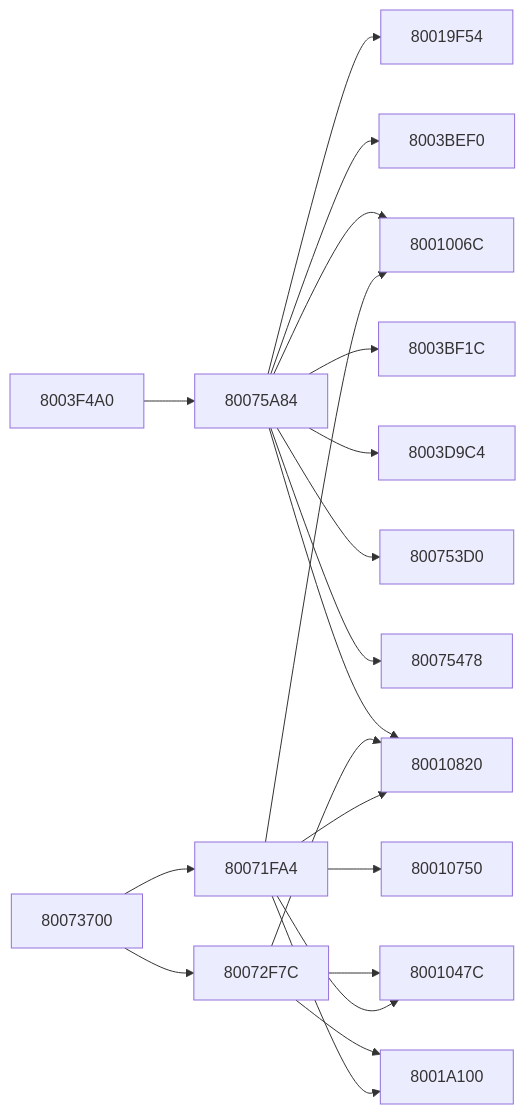
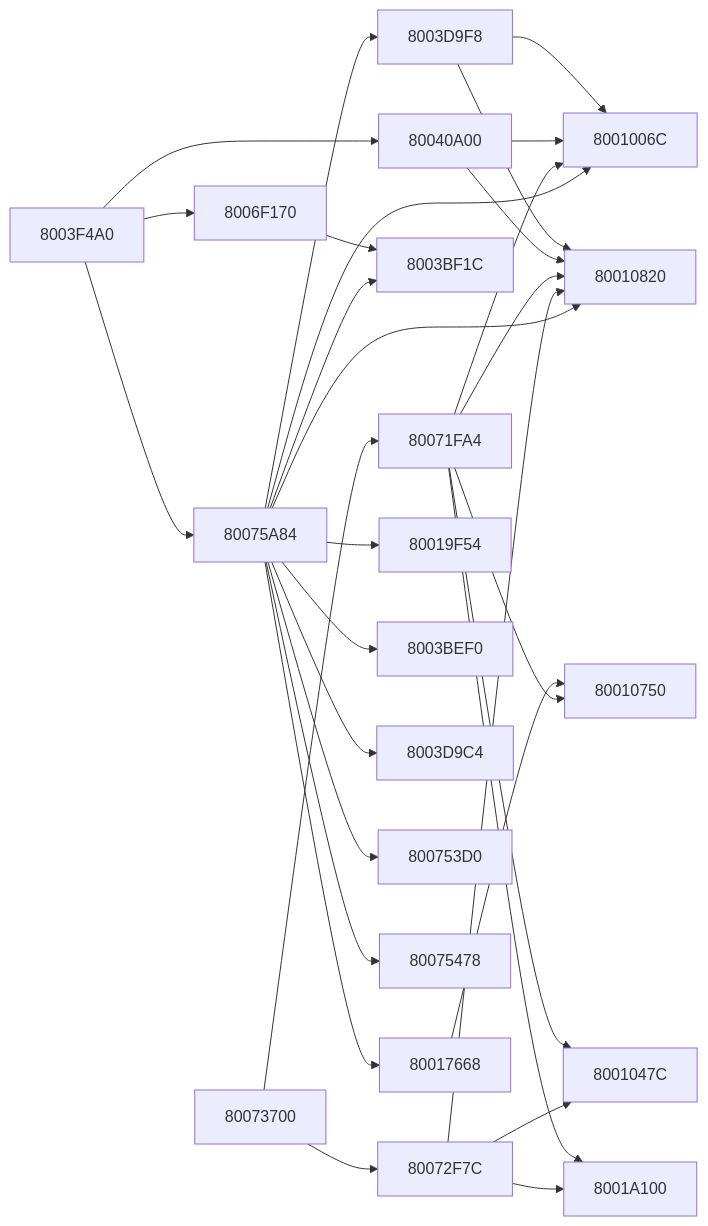
Before and after one commit to kai-luni/Future-Cop-L.A.P.D-PS1: the tenth of 10 diagrams in docs/FUNCTION_MAP.md, drawn with Mermaid. The commit also changed other lines of this file and 1 other file, not shown here.

````diff
--- a/docs/FUNCTION_MAP.md
+++ b/docs/FUNCTION_MAP.md
@@ -516,38 +789,52 @@
 ```mermaid
 graph LR
+    f80017668 --> f80010750
+    f8003d9f8 --> f8001006c
+    f8003d9f8 --> f80010820
+    f8003f4a0 --> f80040a00
+    f8003f4a0 --> f8006f170
     f8003f4a0 --> f80075a84
+    f80040a00 --> f8001006c
+    f80040a00 --> f80010820
+    f8006f170 --> f8003bf1c
     f80071fa4 --> f8001006c
     f80071fa4 --> f8001047c
     f80071fa4 --> f80010750
     f80071fa4 --> f80010820
     f80071fa4 --> f8001a100
     f80072f7c --> f8001047c
     f80072f7c --> f80010820
     f80072f7c --> f8001a100
     f80073700 --> f80071fa4
     f80073700 --> f80072f7c
     f80075a84 --> f8001006c
     f80075a84 --> f80010820
+    f80075a84 --> f80017668
     f80075a84 --> f80019f54
     f80075a84 --> f8003bef0
     f80075a84 --> f8003bf1c
     f80075a84 --> f8003d9c4
+    f80075a84 --> f8003d9f8
     f80075a84 --> f800753d0
     f80075a84 --> f80075478
     f8001006c["8001006C"]
     f8001047c["8001047C"]
     f80010750["80010750"]
     f80010820["80010820"]
+    f80017668["80017668"]
     f80019f54["80019F54"]
     f8001a100["8001A100"]
     f8003bef0["8003BEF0"]
     f8003bf1c["8003BF1C"]
     f8003d9c4["8003D9C4"]
+    f8003d9f8["8003D9F8"]
     f8003f4a0["8003F4A0"]
+    f80040a00["80040A00"]
+    f8006f170["8006F170"]
     f80071fa4["80071FA4"]
     f80072f7c["80072F7C"]
     f80073700["80073700"]
     f800753d0["800753D0"]
     f80075478["80075478"]
     f80075a84["80075A84"]
 ```
````
